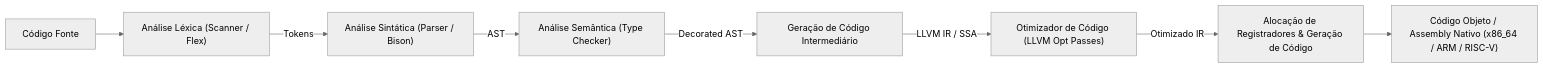
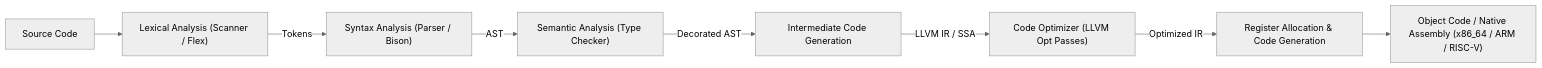
One commit to dandgabr/Coacus changed the diagram in knowledge/skills/domains/academic/academic-compilers-language-processors/SKILL.md. Above: the diagram before and after it, drawn with Mermaid (neutral theme). The commit also changed other lines of this file and 143 other files, not shown here.

````diff
--- a/knowledge/skills/domains/academic/academic-compilers-language-processors/SKILL.md
+++ b/knowledge/skills/domains/academic/academic-compilers-language-processors/SKILL.md
@@ -14,10 +14,10 @@
 ```mermaid
 flowchart LR
-    A["Código Fonte"] --> B["Análise Léxica (Scanner / Flex)"]
-    B -->|Tokens| C["Análise Sintática (Parser / Bison)"]
-    C -->|AST| D["Análise Semântica (Type Checker)"]
-    D -->|Decorated AST| E["Geração de Código Intermediário"]
-    E -->|LLVM IR / SSA| F["Otimizador de Código (LLVM Opt Passes)"]
-    F -->|Otimizado IR| G["Alocação de Registradores & Geração de Código"]
-    G --> H["Código Objeto / Assembly Nativo (x86_64 / ARM / RISC-V)"]
+    A["Source Code"] --> B["Lexical Analysis (Scanner / Flex)"]
+    B -->|Tokens| C["Syntax Analysis (Parser / Bison)"]
+    C -->|AST| D["Semantic Analysis (Type Checker)"]
+    D -->|Decorated AST| E["Intermediate Code Generation"]
+    E -->|LLVM IR / SSA| F["Code Optimizer (LLVM Opt Passes)"]
+    F -->|Optimized IR| G["Register Allocation & Code Generation"]
+    G --> H["Object Code / Native Assembly (x86_64 / ARM / RISC-V)"]
 ```
````
